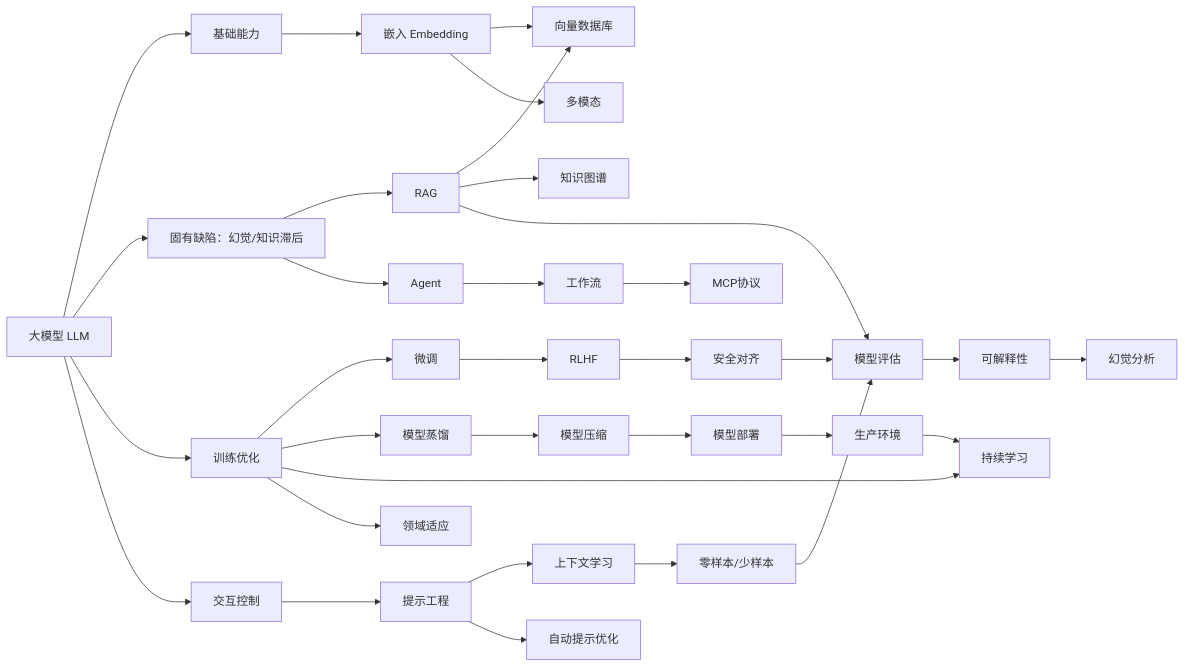
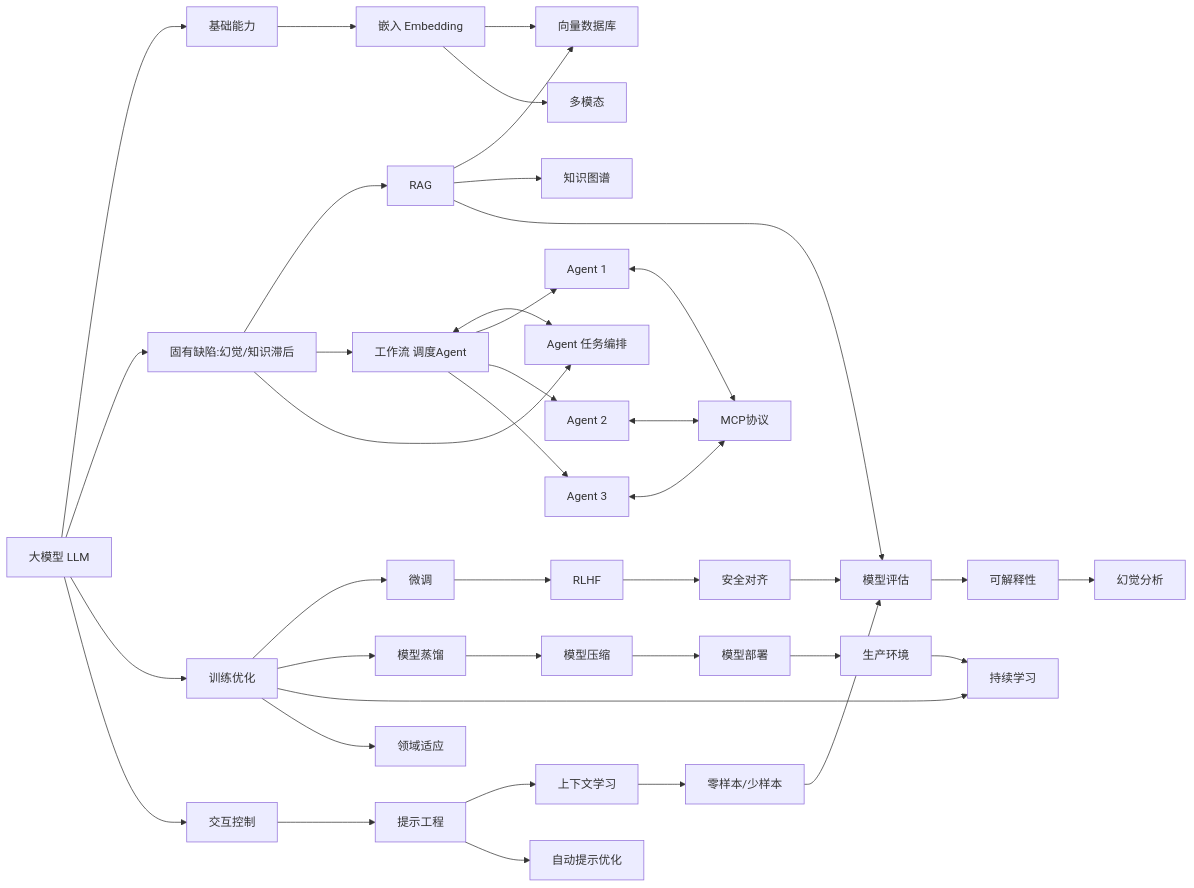
The first of 2 diagrams in note/11.ai/llm/concept/README.md (wb04307201/wb04307201), drawn with Mermaid before and after one commit. The commit also changed other lines of this file, not shown here.

First line of the commit message:
docs(llm): 更新LLM概念文档中的表格与图表

````diff
--- a/note/11.ai/llm/concept/README.md
+++ b/note/11.ai/llm/concept/README.md
@@ -118,21 +118,29 @@
 ```mermaid
 graph LR
 A[大模型 LLM] --> B[基础能力]
-A --> C[固有缺陷：幻觉/知识滞后]
+A --> C[固有缺陷:幻觉/知识滞后]
 B --> D[嵌入 Embedding]
 D --> E[向量数据库]
 D --> F[多模态]
 C --> G[RAG] --> E
-C --> H[Agent] --> I[工作流] --> J[MCP协议]
+C --> H[工作流 调度Agent]
+C --> I0[Agent 任务编排]
+H <--> I0
+H --> I1[Agent 1]
+H --> I2[Agent 2]
+H --> I3[Agent 3]
+I1 <--> J[MCP协议]
+I2 <--> J
+I3 <--> J
 G --> K[知识图谱]
 A --> L[训练优化]
 L --> M[微调] --> N[RLHF] --> O[安全对齐]
 L --> P[模型蒸馏] --> Q[模型压缩] --> R[模型部署]
 L --> S[持续学习] & T[领域适应]
 A --> U[交互控制]
 U --> V[提示工程] --> W[上下文学习] --> X[零样本/少样本]
 V --> Y[自动提示优化]
 O & X & G --> Z[模型评估]
 Z --> AA[可解释性] --> AB[幻觉分析]
 R --> AC[生产环境] --> S
 ```
````
